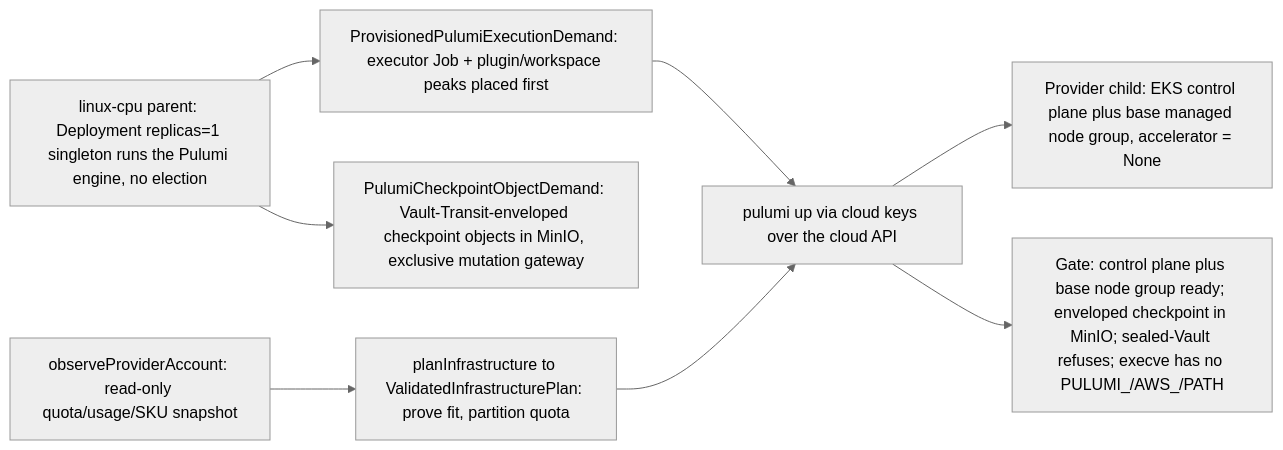
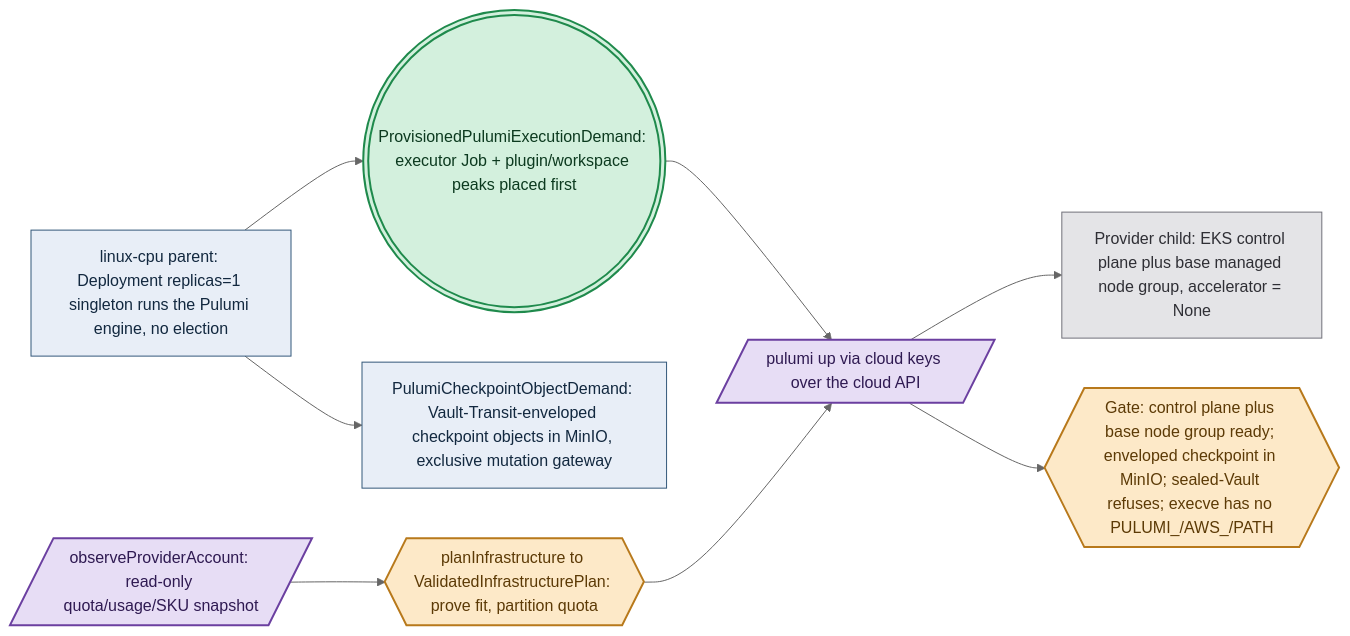
Before and after one commit to Tuee22/amoebius: the diagram in DEVELOPMENT_PLAN/phase_34_provider_deploy_checkpoint.md, drawn with Mermaid (neutral theme). The commit also changed other lines of this file and 36 other files, not shown here.

````diff
--- a/DEVELOPMENT_PLAN/phase_34_provider_deploy_checkpoint.md
+++ b/DEVELOPMENT_PLAN/phase_34_provider_deploy_checkpoint.md
@@ -78,10 +79,15 @@
 ```mermaid
 flowchart LR
-  parent[linux-cpu parent: Deployment replicas=1 singleton runs the Pulumi engine, no election] --> exec[ProvisionedPulumiExecutionDemand: executor Job + plugin/workspace peaks placed first]
-  exec --> deploy[pulumi up via cloud keys over the cloud API]
-  parent --> backend[PulumiCheckpointObjectDemand: Vault-Transit-enveloped checkpoint objects in MinIO, exclusive mutation gateway]
-  deploy --> eks[Provider child: EKS control plane plus base managed node group, accelerator = None]
-  observe[observeProviderAccount: read-only quota/usage/SKU snapshot] --> validate[planInfrastructure to ValidatedInfrastructurePlan: prove fit, partition quota]
+  parent["linux-cpu parent: Deployment replicas=1 singleton runs the Pulumi engine, no election"]:::intent --> exec((("ProvisionedPulumiExecutionDemand: executor Job + plugin/workspace peaks placed first"))):::seal
+  exec --> deploy[/"pulumi up via cloud keys over the cloud API"/]:::effect
+  parent --> backend["PulumiCheckpointObjectDemand: Vault-Transit-enveloped checkpoint objects in MinIO, exclusive mutation gateway"]:::intent
+  deploy --> eks["Provider child: EKS control plane plus base managed node group, accelerator = None"]:::runtime
+  observe[/"observeProviderAccount: read-only quota/usage/SKU snapshot"/]:::effect --> validate{{"planInfrastructure to ValidatedInfrastructurePlan: prove fit, partition quota"}}:::gate
   validate --> deploy
-  deploy --> gate[Gate: control plane plus base node group ready; enveloped checkpoint in MinIO; sealed-Vault refuses; execve has no PULUMI_/AWS_/PATH]
+  deploy --> gate{{"Gate: control plane plus base node group ready; enveloped checkpoint in MinIO; sealed-Vault refuses; execve has no PULUMI_/AWS_/PATH"}}:::gate
+  classDef intent   fill:#e8eef7,stroke:#33587a,color:#12283f,stroke-width:1px
+  classDef gate     fill:#fde9c8,stroke:#b8791b,color:#5c3a06,stroke-width:2px
+  classDef effect   fill:#e7ddf5,stroke:#6b3fa0,color:#2f1a52,stroke-width:2px
+  classDef seal     fill:#d3f0dd,stroke:#1f8a4c,color:#0c3a1f,stroke-width:2px
+  classDef runtime  fill:#e4e4e7,stroke:#71717a,color:#2f2f35,stroke-width:1px
 ```
````
